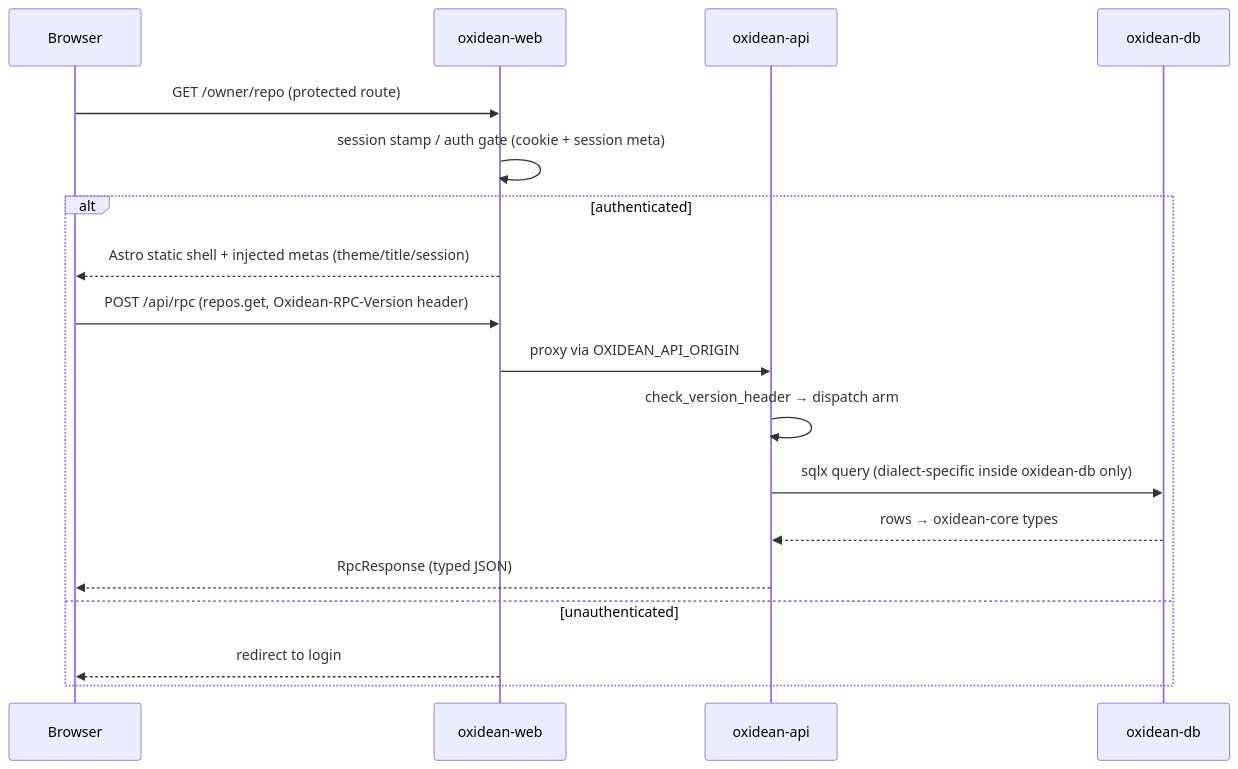
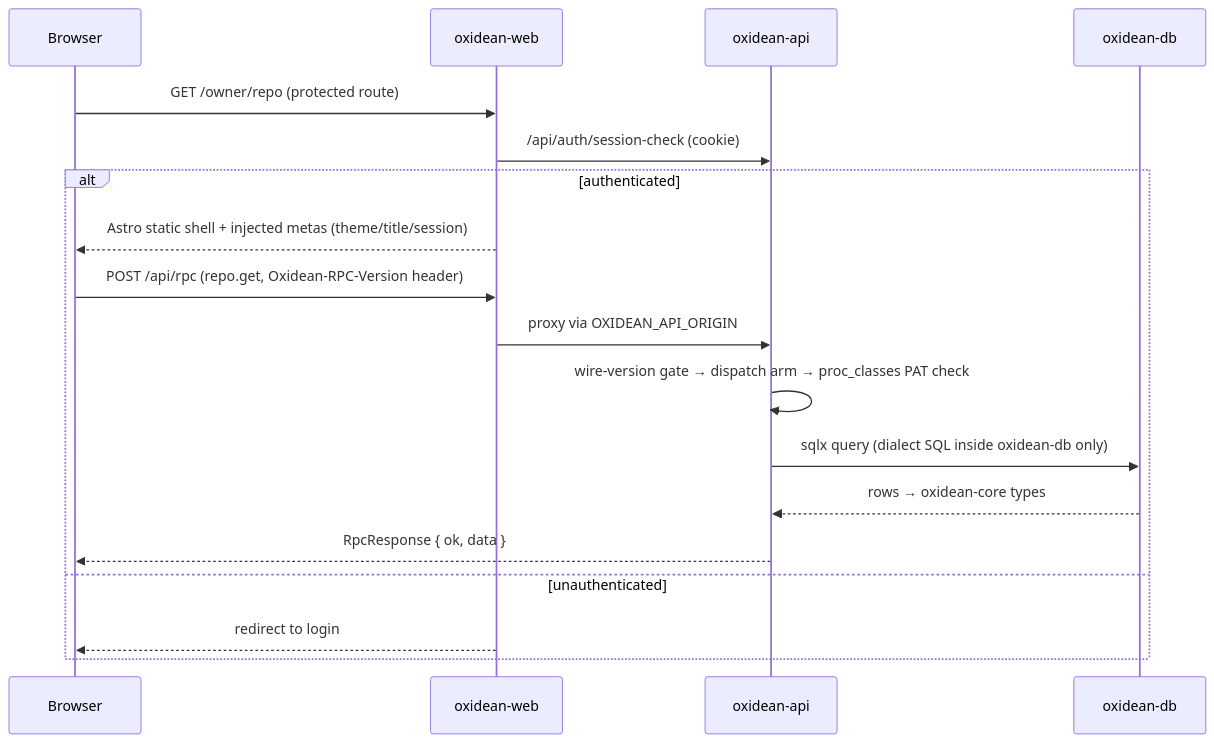
The second of 7 diagrams in aidlc/spaces/default/codekb/oxidean-app/architecture.md (oxidean/oxidean), drawn with Mermaid before and after one commit. The commit also changed other lines of this file and 623 other files, not shown here.

````diff
--- a/aidlc/spaces/default/codekb/oxidean-app/architecture.md
+++ b/aidlc/spaces/default/codekb/oxidean-app/architecture.md
@@ -152,21 +170,21 @@
 ```mermaid
 sequenceDiagram
     participant B as Browser
     participant W as oxidean-web
     participant A as oxidean-api
     participant D as oxidean-db
 
     B->>W: GET /owner/repo (protected route)
-    W->>W: session stamp / auth gate (cookie + session meta)
+    W->>A: /api/auth/session-check (cookie)
     alt authenticated
         W-->>B: Astro static shell + injected metas (theme/title/session)
-        B->>W: POST /api/rpc (repos.get, Oxidean-RPC-Version header)
+        B->>W: POST /api/rpc (repo.get, Oxidean-RPC-Version header)
         W->>A: proxy via OXIDEAN_API_ORIGIN
-        A->>A: check_version_header → dispatch arm
-        A->>D: sqlx query (dialect-specific inside oxidean-db only)
+        A->>A: wire-version gate → dispatch arm → proc_classes PAT check
+        A->>D: sqlx query (dialect SQL inside oxidean-db only)
         D-->>A: rows → oxidean-core types
-        A-->>B: RpcResponse (typed JSON)
+        A-->>B: RpcResponse { ok, data }
     else unauthenticated
         W-->>B: redirect to login
     end
 ```
````
